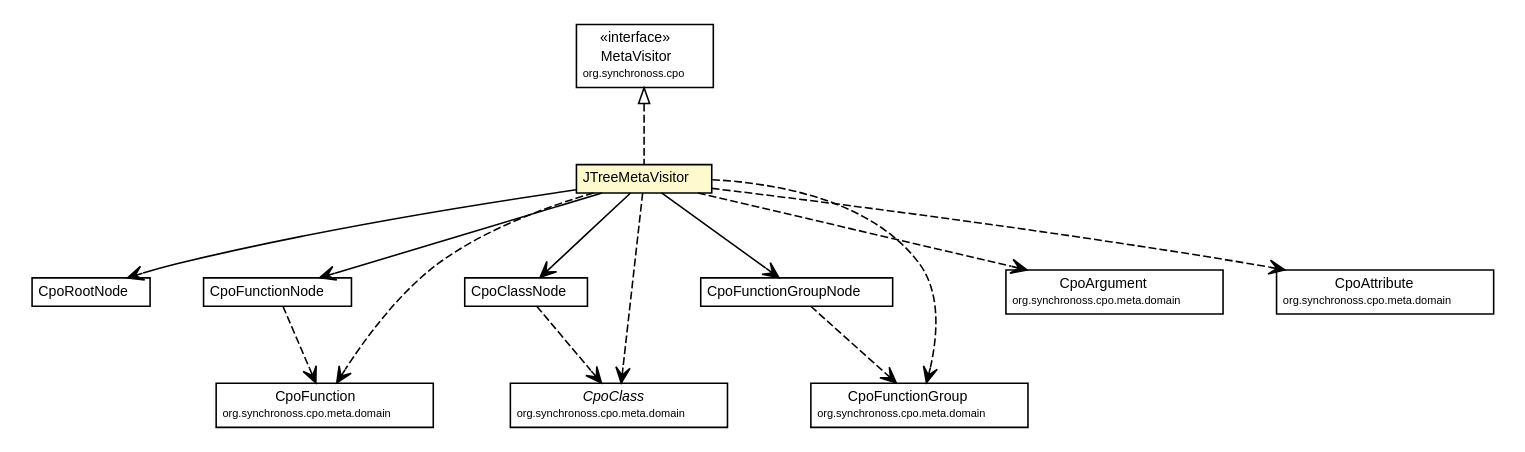
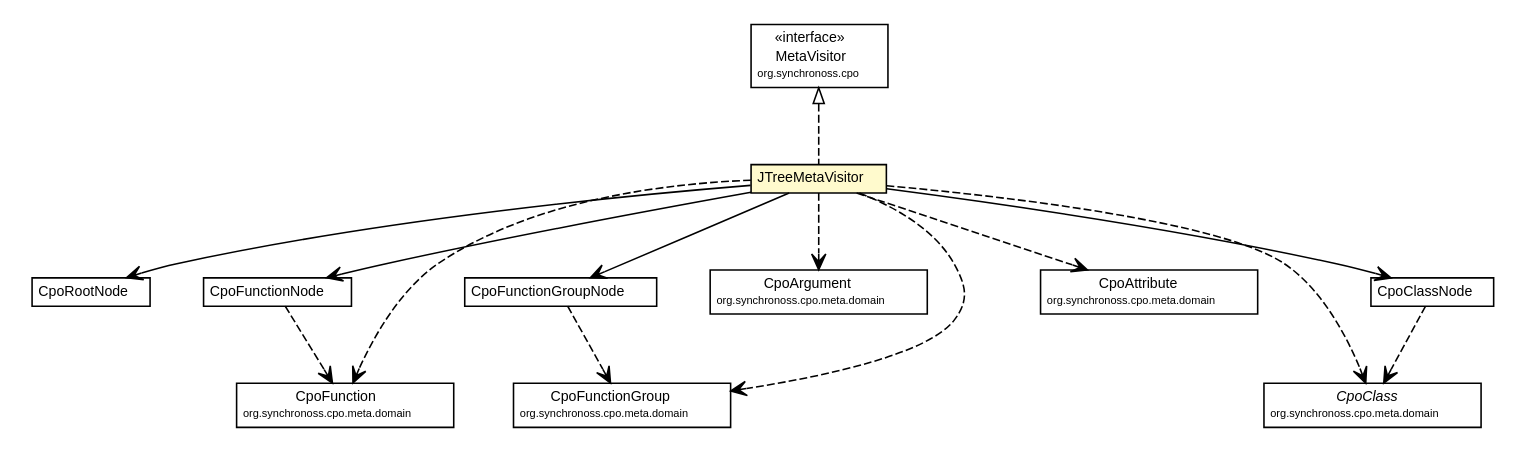
Before and after one commit to synchronoss/cpo-util: the diagram in site/apidocs/org/synchronoss/cpo/util/JTreeMetaVisitor.dot, drawn with Graphviz. The commit also changed 298 other files, not shown here.

Commit message:
Creating site for cpoUtil, 5.1.1-SNAPSHOT

```diff
--- a/site/apidocs/org/synchronoss/cpo/util/JTreeMetaVisitor.dot
+++ b/site/apidocs/org/synchronoss/cpo/util/JTreeMetaVisitor.dot
@@ -1,109 +1,109 @@
 #!/usr/local/bin/dot
 #
 # Class diagram 
 # Generated by UmlGraph version 4.6 (http://www.spinellis.gr/sw/umlgraph)
 #
 
 digraph G {
 	edge [fontname="Helvetica",fontsize=10,labelfontname="Helvetica",labelfontsize=10];
 	node [fontname="Helvetica",fontsize=10,shape=plaintext];
 	// org.synchronoss.cpo.util.JTreeMetaVisitor
 	c1707 [label=<<table border="0" cellborder="1" cellspacing="0" cellpadding="2" port="p" bgcolor="lemonChiffon" href="./JTreeMetaVisitor.html">
 		<tr><td><table border="0" cellspacing="0" cellpadding="1">
 			<tr><td> JTreeMetaVisitor </td></tr>
 		</table></td></tr>
 		</table>>, fontname="Helvetica", fontcolor="black", fontsize=9.0];
 	// org.synchronoss.cpo.util.CpoRootNode
 	c1715 [label=<<table border="0" cellborder="1" cellspacing="0" cellpadding="2" port="p" href="./CpoRootNode.html">
 		<tr><td><table border="0" cellspacing="0" cellpadding="1">
 			<tr><td> CpoRootNode </td></tr>
 		</table></td></tr>
 		</table>>, fontname="Helvetica", fontcolor="black", fontsize=9.0];
 	// org.synchronoss.cpo.util.CpoFunctionNode
 	c1721 [label=<<table border="0" cellborder="1" cellspacing="0" cellpadding="2" port="p" href="./CpoFunctionNode.html">
 		<tr><td><table border="0" cellspacing="0" cellpadding="1">
 			<tr><td> CpoFunctionNode </td></tr>
 		</table></td></tr>
 		</table>>, fontname="Helvetica", fontcolor="black", fontsize=9.0];
 	// org.synchronoss.cpo.util.CpoClassNode
 	c1723 [label=<<table border="0" cellborder="1" cellspacing="0" cellpadding="2" port="p" href="./CpoClassNode.html">
 		<tr><td><table border="0" cellspacing="0" cellpadding="1">
 			<tr><td> CpoClassNode </td></tr>
 		</table></td></tr>
 		</table>>, fontname="Helvetica", fontcolor="black", fontsize=9.0];
 	// org.synchronoss.cpo.util.CpoFunctionGroupNode
 	c1728 [label=<<table border="0" cellborder="1" cellspacing="0" cellpadding="2" port="p" href="./CpoFunctionGroupNode.html">
 		<tr><td><table border="0" cellspacing="0" cellpadding="1">
 			<tr><td> CpoFunctionGroupNode </td></tr>
 		</table></td></tr>
 		</table>>, fontname="Helvetica", fontcolor="black", fontsize=9.0];
 	//org.synchronoss.cpo.util.JTreeMetaVisitor implements org.synchronoss.cpo.MetaVisitor
 	c1764:p -> c1707:p [dir=back,arrowtail=empty,style=dashed];
 	// org.synchronoss.cpo.util.JTreeMetaVisitor NAVASSOC org.synchronoss.cpo.util.CpoRootNode
 	c1707:p -> c1715:p [taillabel="", label="", headlabel="", fontname="Helvetica", fontcolor="black", fontsize=10.0, color="black", arrowhead=open];
 	// org.synchronoss.cpo.util.JTreeMetaVisitor NAVASSOC org.synchronoss.cpo.util.CpoClassNode
 	c1707:p -> c1723:p [taillabel="", label="", headlabel="", fontname="Helvetica", fontcolor="black", fontsize=10.0, color="black", arrowhead=open];
 	// org.synchronoss.cpo.util.JTreeMetaVisitor NAVASSOC org.synchronoss.cpo.util.CpoFunctionGroupNode
 	c1707:p -> c1728:p [taillabel="", label="", headlabel="", fontname="Helvetica", fontcolor="black", fontsize=10.0, color="black", arrowhead=open];
 	// org.synchronoss.cpo.util.JTreeMetaVisitor NAVASSOC org.synchronoss.cpo.util.CpoFunctionNode
 	c1707:p -> c1721:p [taillabel="", label="", headlabel="", fontname="Helvetica", fontcolor="black", fontsize=10.0, color="black", arrowhead=open];
+	// org.synchronoss.cpo.util.JTreeMetaVisitor DEPEND org.synchronoss.cpo.meta.domain.CpoArgument
+	c1707:p -> c1765:p [taillabel="", label="", headlabel="", fontname="Helvetica", fontcolor="black", fontsize=10.0, color="black", arrowhead=open, style=dashed];
 	// org.synchronoss.cpo.util.JTreeMetaVisitor DEPEND org.synchronoss.cpo.meta.domain.CpoFunctionGroup
-	c1707:p -> c1766:p [taillabel="", label="", headlabel="", fontname="Helvetica", fontcolor="black", fontsize=10.0, color="black", arrowhead=open, style=dashed];
+	c1707:p -> c1767:p [taillabel="", label="", headlabel="", fontname="Helvetica", fontcolor="black", fontsize=10.0, color="black", arrowhead=open, style=dashed];
+	// org.synchronoss.cpo.util.JTreeMetaVisitor DEPEND org.synchronoss.cpo.meta.domain.CpoAttribute
+	c1707:p -> c1768:p [taillabel="", label="", headlabel="", fontname="Helvetica", fontcolor="black", fontsize=10.0, color="black", arrowhead=open, style=dashed];
 	// org.synchronoss.cpo.util.JTreeMetaVisitor DEPEND org.synchronoss.cpo.meta.domain.CpoFunction
-	c1707:p -> c1767:p [taillabel="", label="", headlabel="", fontname="Helvetica", fontcolor="black", fontsize=10.0, color="black", arrowhead=open, style=dashed];
+	c1707:p -> c1769:p [taillabel="", label="", headlabel="", fontname="Helvetica", fontcolor="black", fontsize=10.0, color="black", arrowhead=open, style=dashed];
 	// org.synchronoss.cpo.util.JTreeMetaVisitor DEPEND org.synchronoss.cpo.meta.domain.CpoClass
-	c1707:p -> c1768:p [taillabel="", label="", headlabel="", fontname="Helvetica", fontcolor="black", fontsize=10.0, color="black", arrowhead=open, style=dashed];
-	// org.synchronoss.cpo.util.JTreeMetaVisitor DEPEND org.synchronoss.cpo.meta.domain.CpoArgument
-	c1707:p -> c1769:p [taillabel="", label="", headlabel="", fontname="Helvetica", fontcolor="black", fontsize=10.0, color="black", arrowhead=open, style=dashed];
-	// org.synchronoss.cpo.util.JTreeMetaVisitor DEPEND org.synchronoss.cpo.meta.domain.CpoAttribute
 	c1707:p -> c1770:p [taillabel="", label="", headlabel="", fontname="Helvetica", fontcolor="black", fontsize=10.0, color="black", arrowhead=open, style=dashed];
 	// org.synchronoss.cpo.util.CpoFunctionNode DEPEND org.synchronoss.cpo.meta.domain.CpoFunction
-	c1721:p -> c1767:p [taillabel="", label="", headlabel="", fontname="Helvetica", fontcolor="black", fontsize=10.0, color="black", arrowhead=open, style=dashed];
+	c1721:p -> c1769:p [taillabel="", label="", headlabel="", fontname="Helvetica", fontcolor="black", fontsize=10.0, color="black", arrowhead=open, style=dashed];
 	// org.synchronoss.cpo.util.CpoClassNode DEPEND org.synchronoss.cpo.meta.domain.CpoClass
-	c1723:p -> c1768:p [taillabel="", label="", headlabel="", fontname="Helvetica", fontcolor="black", fontsize=10.0, color="black", arrowhead=open, style=dashed];
+	c1723:p -> c1770:p [taillabel="", label="", headlabel="", fontname="Helvetica", fontcolor="black", fontsize=10.0, color="black", arrowhead=open, style=dashed];
 	// org.synchronoss.cpo.util.CpoFunctionGroupNode DEPEND org.synchronoss.cpo.meta.domain.CpoFunctionGroup
-	c1728:p -> c1766:p [taillabel="", label="", headlabel="", fontname="Helvetica", fontcolor="black", fontsize=10.0, color="black", arrowhead=open, style=dashed];
+	c1728:p -> c1767:p [taillabel="", label="", headlabel="", fontname="Helvetica", fontcolor="black", fontsize=10.0, color="black", arrowhead=open, style=dashed];
 	// org.synchronoss.cpo.meta.domain.CpoClass
-	c1768 [label=<<table border="0" cellborder="1" cellspacing="0" cellpadding="2" port="p" href="http://java.sun.com/j2se/1.4.2/docs/api/org/synchronoss/cpo/meta/domain/CpoClass.html">
+	c1770 [label=<<table border="0" cellborder="1" cellspacing="0" cellpadding="2" port="p" href="http://java.sun.com/j2se/1.4.2/docs/api/org/synchronoss/cpo/meta/domain/CpoClass.html">
 		<tr><td><table border="0" cellspacing="0" cellpadding="1">
 			<tr><td><font face="Helvetica-Oblique"> CpoClass </font></td></tr>
 			<tr><td><font point-size="7.0"> org.synchronoss.cpo.meta.domain </font></td></tr>
 		</table></td></tr>
 		</table>>, fontname="Helvetica", fontcolor="black", fontsize=9.0];
 	// org.synchronoss.cpo.meta.domain.CpoArgument
-	c1769 [label=<<table border="0" cellborder="1" cellspacing="0" cellpadding="2" port="p" href="http://java.sun.com/j2se/1.4.2/docs/api/org/synchronoss/cpo/meta/domain/CpoArgument.html">
+	c1765 [label=<<table border="0" cellborder="1" cellspacing="0" cellpadding="2" port="p" href="http://java.sun.com/j2se/1.4.2/docs/api/org/synchronoss/cpo/meta/domain/CpoArgument.html">
 		<tr><td><table border="0" cellspacing="0" cellpadding="1">
 			<tr><td> CpoArgument </td></tr>
 			<tr><td><font point-size="7.0"> org.synchronoss.cpo.meta.domain </font></td></tr>
 		</table></td></tr>
 		</table>>, fontname="Helvetica", fontcolor="black", fontsize=9.0];
 	// org.synchronoss.cpo.meta.domain.CpoAttribute
-	c1770 [label=<<table border="0" cellborder="1" cellspacing="0" cellpadding="2" port="p" href="http://java.sun.com/j2se/1.4.2/docs/api/org/synchronoss/cpo/meta/domain/CpoAttribute.html">
+	c1768 [label=<<table border="0" cellborder="1" cellspacing="0" cellpadding="2" port="p" href="http://java.sun.com/j2se/1.4.2/docs/api/org/synchronoss/cpo/meta/domain/CpoAttribute.html">
 		<tr><td><table border="0" cellspacing="0" cellpadding="1">
 			<tr><td> CpoAttribute </td></tr>
 			<tr><td><font point-size="7.0"> org.synchronoss.cpo.meta.domain </font></td></tr>
 		</table></td></tr>
 		</table>>, fontname="Helvetica", fontcolor="black", fontsize=9.0];
 	// org.synchronoss.cpo.meta.domain.CpoFunction
-	c1767 [label=<<table border="0" cellborder="1" cellspacing="0" cellpadding="2" port="p" href="http://java.sun.com/j2se/1.4.2/docs/api/org/synchronoss/cpo/meta/domain/CpoFunction.html">
+	c1769 [label=<<table border="0" cellborder="1" cellspacing="0" cellpadding="2" port="p" href="http://java.sun.com/j2se/1.4.2/docs/api/org/synchronoss/cpo/meta/domain/CpoFunction.html">
 		<tr><td><table border="0" cellspacing="0" cellpadding="1">
 			<tr><td> CpoFunction </td></tr>
 			<tr><td><font point-size="7.0"> org.synchronoss.cpo.meta.domain </font></td></tr>
 		</table></td></tr>
 		</table>>, fontname="Helvetica", fontcolor="black", fontsize=9.0];
 	// org.synchronoss.cpo.meta.domain.CpoFunctionGroup
-	c1766 [label=<<table border="0" cellborder="1" cellspacing="0" cellpadding="2" port="p" href="http://java.sun.com/j2se/1.4.2/docs/api/org/synchronoss/cpo/meta/domain/CpoFunctionGroup.html">
+	c1767 [label=<<table border="0" cellborder="1" cellspacing="0" cellpadding="2" port="p" href="http://java.sun.com/j2se/1.4.2/docs/api/org/synchronoss/cpo/meta/domain/CpoFunctionGroup.html">
 		<tr><td><table border="0" cellspacing="0" cellpadding="1">
 			<tr><td> CpoFunctionGroup </td></tr>
 			<tr><td><font point-size="7.0"> org.synchronoss.cpo.meta.domain </font></td></tr>
 		</table></td></tr>
 		</table>>, fontname="Helvetica", fontcolor="black", fontsize=9.0];
 	// org.synchronoss.cpo.MetaVisitor
 	c1764 [label=<<table border="0" cellborder="1" cellspacing="0" cellpadding="2" port="p" href="http://java.sun.com/j2se/1.4.2/docs/api/org/synchronoss/cpo/MetaVisitor.html">
 		<tr><td><table border="0" cellspacing="0" cellpadding="1">
 			<tr><td> &laquo;interface&raquo; </td></tr>
 			<tr><td> MetaVisitor </td></tr>
 			<tr><td><font point-size="7.0"> org.synchronoss.cpo </font></td></tr>
 		</table></td></tr>
 		</table>>, fontname="Helvetica", fontcolor="black", fontsize=9.0];
 }
```
